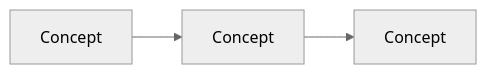
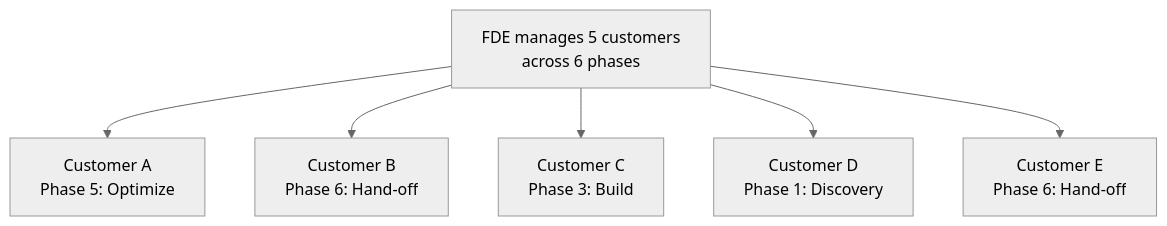
The second of 2 diagrams in src/fde/chapter-10.md (webmakin/career-playbooks), drawn with Mermaid (neutral theme) before and after one commit. The commit also changed other lines of this file and 23 other files, not shown here.

First line of the commit message:
FDE playbook - Phase 3 complete (Ch 10-13)

````diff
--- a/src/fde/chapter-10.md
+++ b/src/fde/chapter-10.md
@@ -40,6 +77,10 @@
 ```mermaid
-%% Figure 10.1 — <diagram title>
-flowchart LR
-    A[Concept] --> B[Concept]
-    B --> C[Concept]
+%% Figure 10.2 — The portfolio view
+flowchart TB
+    FDE[FDE manages 5 customers<br/>across 6 phases]
+    FDE --> A[Customer A<br/>Phase 5: Optimize]
+    FDE --> B[Customer B<br/>Phase 6: Hand-off]
+    FDE --> C[Customer C<br/>Phase 3: Build]
+    FDE --> D[Customer D<br/>Phase 1: Discovery]
+    FDE --> E[Customer E<br/>Phase 6: Hand-off]
 ```
````
